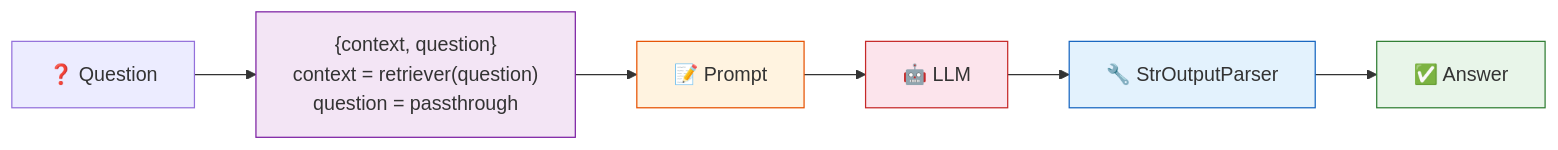
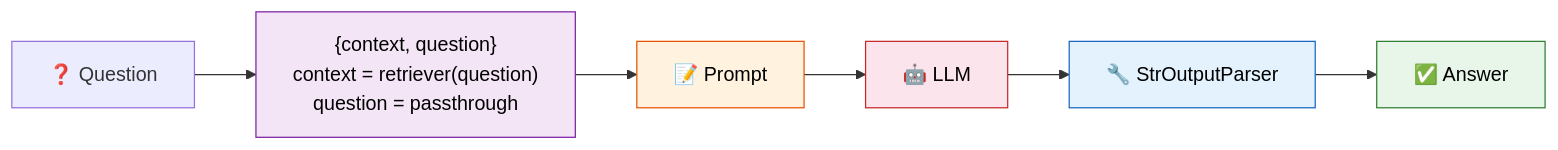
Before and after one commit to remolaan/Agentic-AI-Cookbook: the second of 2 diagrams in 10_rag/README.md, drawn with Mermaid. The commit also changed other lines of this file and 45 other files, not shown here.

Commit message:
Fix Mermaid diagram text colors for readability across all READMEs

````diff
--- a/10_rag/README.md
+++ b/10_rag/README.md
@@ -113,14 +113,14 @@
 ```mermaid
 flowchart LR
     Q["❓ Question"] --> DICT["{context, question}<br/>context = retriever(question)<br/>question = passthrough"]
     DICT --> P["📝 Prompt"]
     P --> M["🤖 LLM"]
     M --> S["🔧 StrOutputParser"]
     S --> A["✅ Answer"]
     
-    style DICT fill:#f3e5f5,stroke:#7b1fa2
-    style P fill:#fff3e0,stroke:#e65100
-    style M fill:#fce4ec,stroke:#c62828
-    style S fill:#e3f2fd,stroke:#1565c0
-    style A fill:#e8f5e9,stroke:#2e7d32
+    style DICT fill:#f3e5f5,stroke:#7b1fa2,color:#000000
+    style P fill:#fff3e0,stroke:#e65100,color:#000000
+    style M fill:#fce4ec,stroke:#c62828,color:#000000
+    style S fill:#e3f2fd,stroke:#1565c0,color:#000000
+    style A fill:#e8f5e9,stroke:#2e7d32,color:#000000
 ```
````
